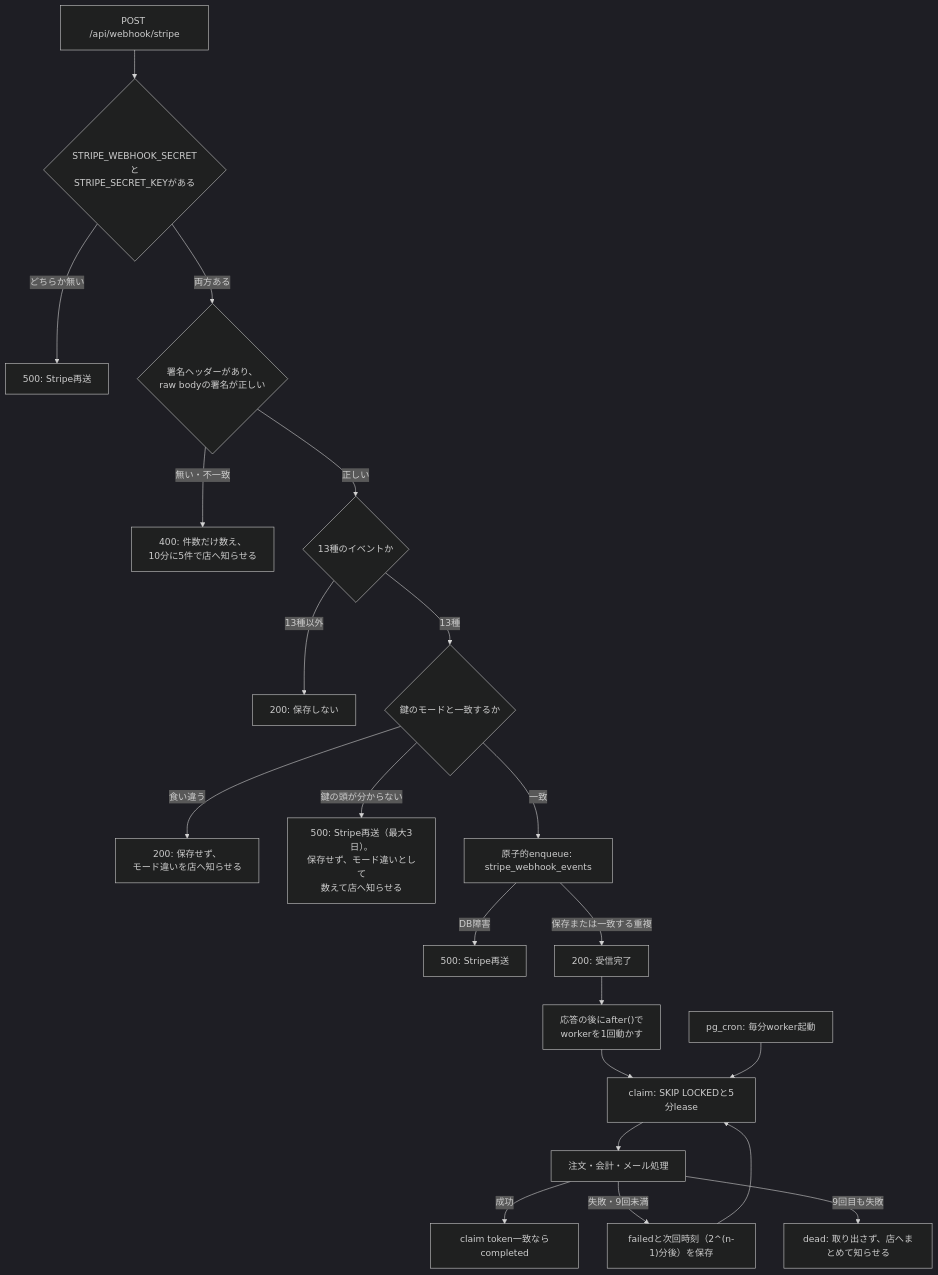
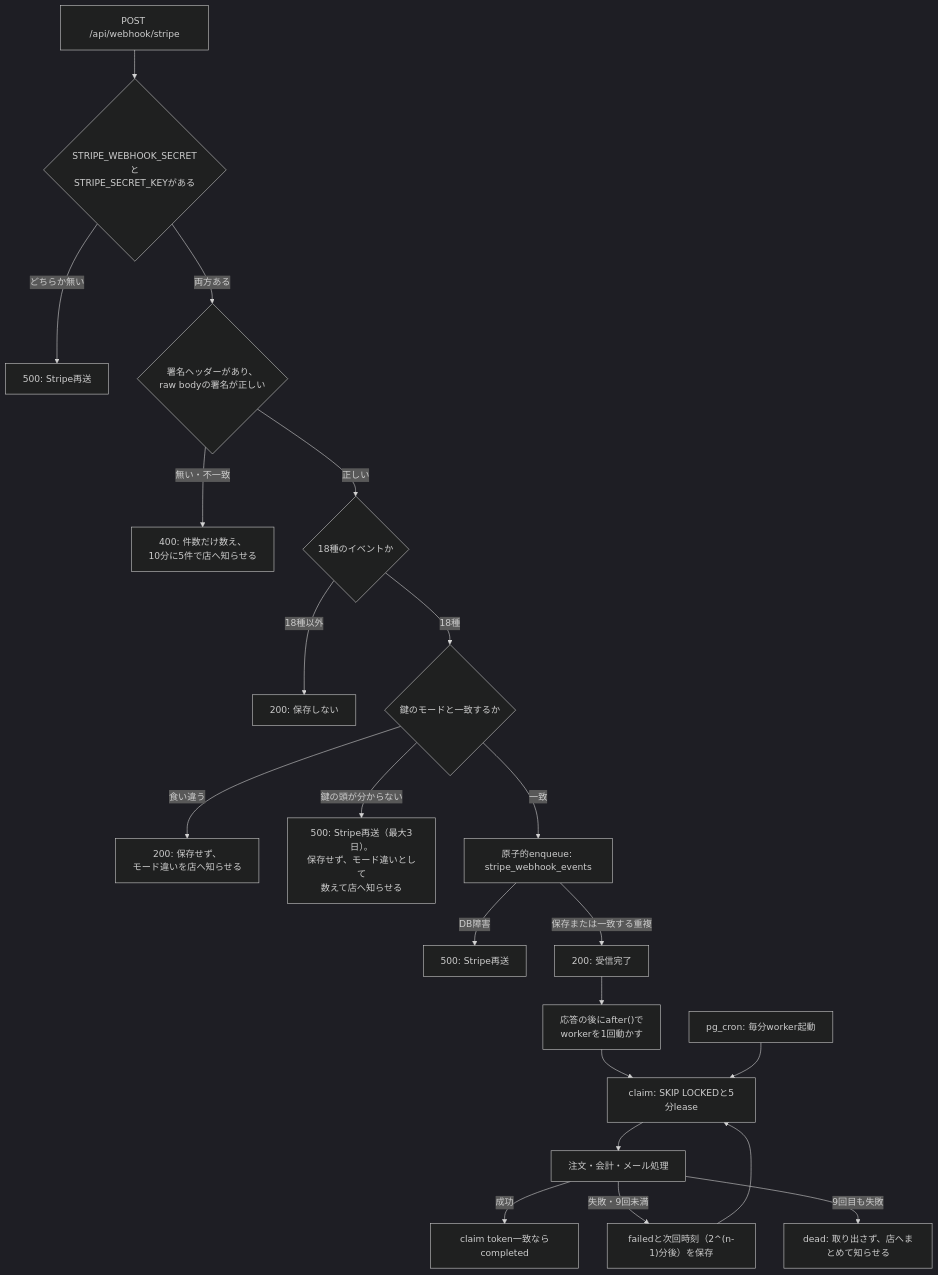
Before and after one commit to ChocoWork/o_official: the third of 5 diagrams in docs/04_DetailDesign/pages/13_checkout.md, drawn with Mermaid (dark theme). The commit also changed other lines of this file and 31 other files, not shown here.

````diff
--- a/docs/04_DetailDesign/pages/13_checkout.md
+++ b/docs/04_DetailDesign/pages/13_checkout.md
@@ -235,23 +235,23 @@
 ```mermaid
 flowchart TD
   A["POST /api/webhook/stripe"] --> S{"STRIPE_WEBHOOK_SECRETと<br/>STRIPE_SECRET_KEYがある"}
   S -- どちらか無い --> S1["500: Stripe再送"]
   S -- 両方ある --> B{"署名ヘッダーがあり、<br/>raw bodyの署名が正しい"}
   B -- 無い・不一致 --> C["400: 件数だけ数え、<br/>10分に5件で店へ知らせる"]
-  B -- 正しい --> T{"13種のイベントか"}
-  T -- 13種以外 --> T1["200: 保存しない"]
-  T -- 13種 --> M{"鍵のモードと一致するか"}
+  B -- 正しい --> T{"18種のイベントか"}
+  T -- 18種以外 --> T1["200: 保存しない"]
+  T -- 18種 --> M{"鍵のモードと一致するか"}
   M -- 食い違う --> M1["200: 保存せず、<br/>モード違いを店へ知らせる"]
   M -- 鍵の頭が分からない --> M2["500: Stripe再送（最大3日）。<br/>保存せず、モード違いとして<br/>数えて店へ知らせる"]
   M -- 一致 --> D["原子的enqueue: stripe_webhook_events"]
   D -- DB障害 --> E["500: Stripe再送"]
   D -- 保存または一致する重複 --> F["200: 受信完了"]
   F --> F1["応答の後にafter()で<br/>workerを1回動かす"]
   F1 --> H["claim: SKIP LOCKEDと5分lease"]
   G["pg_cron: 毎分worker起動"] --> H
   H --> I["注文・会計・メール処理"]
   I -- 成功 --> J["claim token一致ならcompleted"]
   I -- 失敗・9回未満 --> K["failedと次回時刻（2^(n-1)分後）を保存"]
   K --> H
   I -- 9回目も失敗 --> L["dead: 取り出さず、店へまとめて知らせる"]
 ```
````
